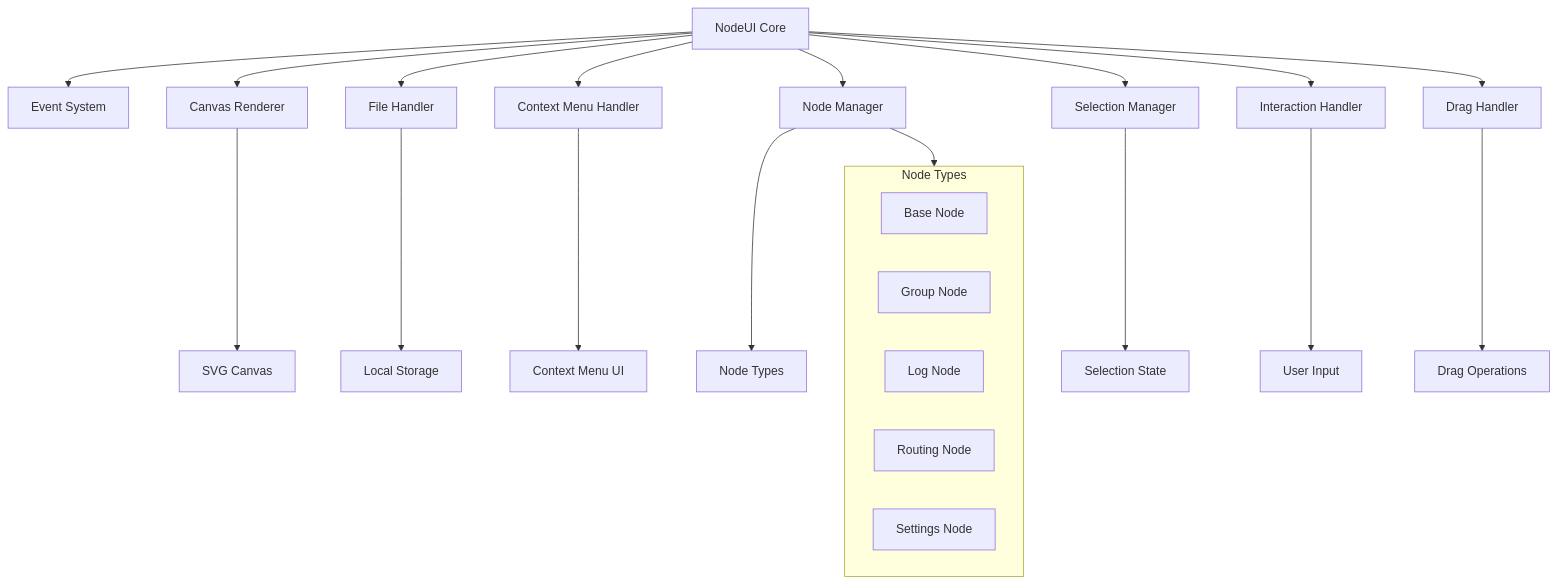
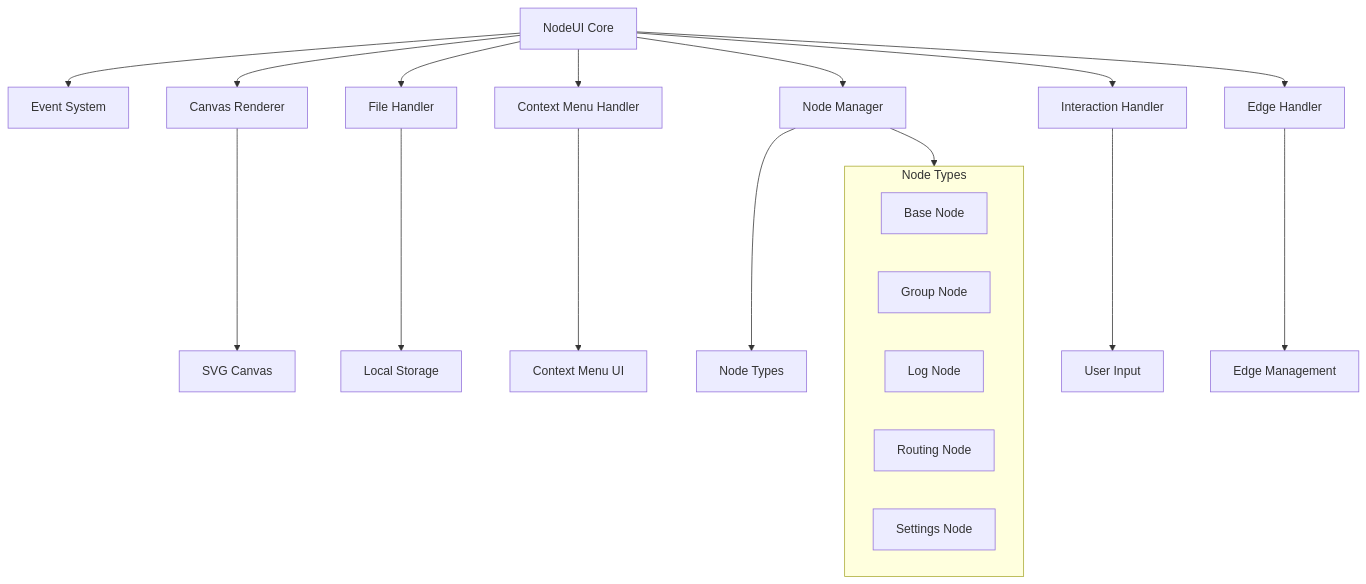
One commit to DangerDrome/NodeUI changed the first of 4 diagrams in memory-bank/systemPatterns.md. Above: the diagram before and after it, drawn with Mermaid. The commit also changed other lines of this file and 14 other files, not shown here.

````diff
--- a/memory-bank/systemPatterns.md
+++ b/memory-bank/systemPatterns.md
@@ -6,29 +6,27 @@
 ```mermaid
 flowchart TD
     NodeUI[NodeUI Core] --> Events[Event System]
     NodeUI --> CanvasRenderer[Canvas Renderer]
     NodeUI --> FileHandler[File Handler]
     NodeUI --> ContextMenuHandler[Context Menu Handler]
     NodeUI --> NodeManager[Node Manager]
-    NodeUI --> SelectionManager[Selection Manager]
     NodeUI --> InteractionHandler[Interaction Handler]
-    NodeUI --> DragHandler[Drag Handler]
+    NodeUI --> EdgeHandler[Edge Handler]
     
     CanvasRenderer --> SVG[SVG Canvas]
     FileHandler --> Storage[Local Storage]
     ContextMenuHandler --> ContextMenu[Context Menu UI]
     NodeManager --> Nodes[Node Types]
-    SelectionManager --> Selection[Selection State]
     InteractionHandler --> Input[User Input]
-    DragHandler --> Drag[Drag Operations]
+    EdgeHandler --> Edges[Edge Management]
     
     subgraph nodes[Node Types]
         BaseNode[Base Node]
         GroupNode[Group Node]
         LogNode[Log Node]
         RoutingNode[Routing Node]
         SettingsNode[Settings Node]
     end
     
     NodeManager --> nodes
 ```
````
